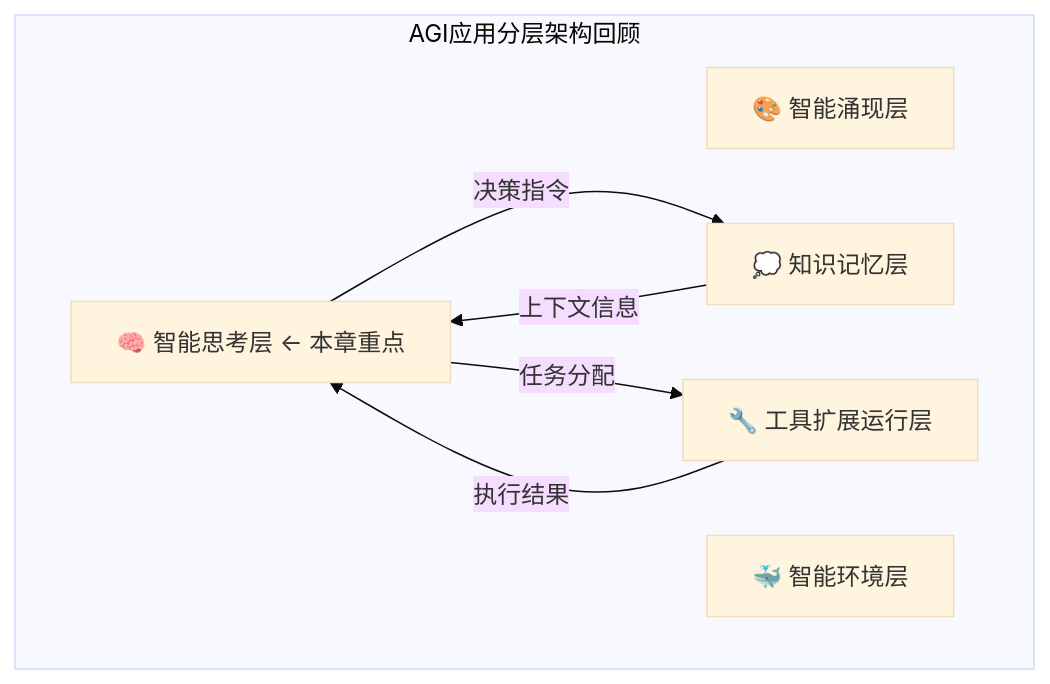
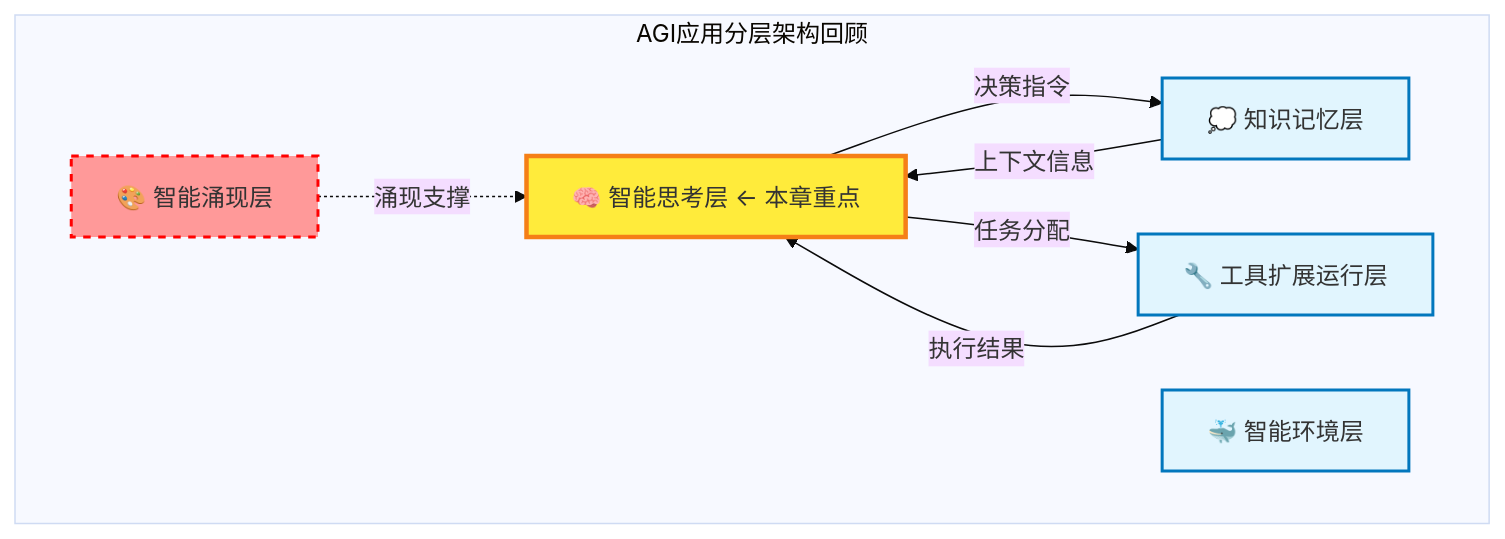
Before and after one commit to youyoude/agi-app-dev-guide-book: the first of 4 diagrams in 第四部分_智能大脑工程学/4.2_智能思考工程/4.2.1_智能思考工程基础.md, drawn with Mermaid (base theme). The commit also changed 1 other file, not shown here.

Commit message:
智能思考

````diff
--- a/第四部分_智能大脑工程学/4.2_智能思考工程/4.2.1_智能思考工程基础.md
+++ b/第四部分_智能大脑工程学/4.2_智能思考工程/4.2.1_智能思考工程基础.md
@@ -16,15 +16,26 @@
 ```mermaid
 graph TB
     subgraph "AGI应用分层架构回顾"
         IE[🎨 智能涌现层]
         IT[🧠 智能思考层 ← 本章重点]
         KM[💭 知识记忆层]
         TR[🔧 工具扩展运行层]
         ENV[🐳 智能环境层]
     end
     
-    IT --> |决策指令| KM
-    IT --> |任务分配| TR
-    KM --> |上下文信息| IT
-    TR --> |执行结果| IT
+    %% 智能思考层相关的关系
+    IE -.->|涌现支撑| IT
+    IT -->|决策指令| KM
+    IT -->|任务分配| TR
+    KM -->|上下文信息| IT
+    TR -->|执行结果| IT
+    
+    %% 样式定义
+    classDef focusLayer fill:#ffeb3b,stroke:#f57f17,stroke-width:3px
+    classDef normalLayer fill:#e1f5fe,stroke:#0277bd,stroke-width:2px
+    classDef emergenceLayer fill:#ff9999,stroke:#ff0000,stroke-width:2px,stroke-dasharray: 5 5
+    
+    class IT focusLayer
+    class KM,TR,ENV normalLayer
+    class IE emergenceLayer
 ```
````
